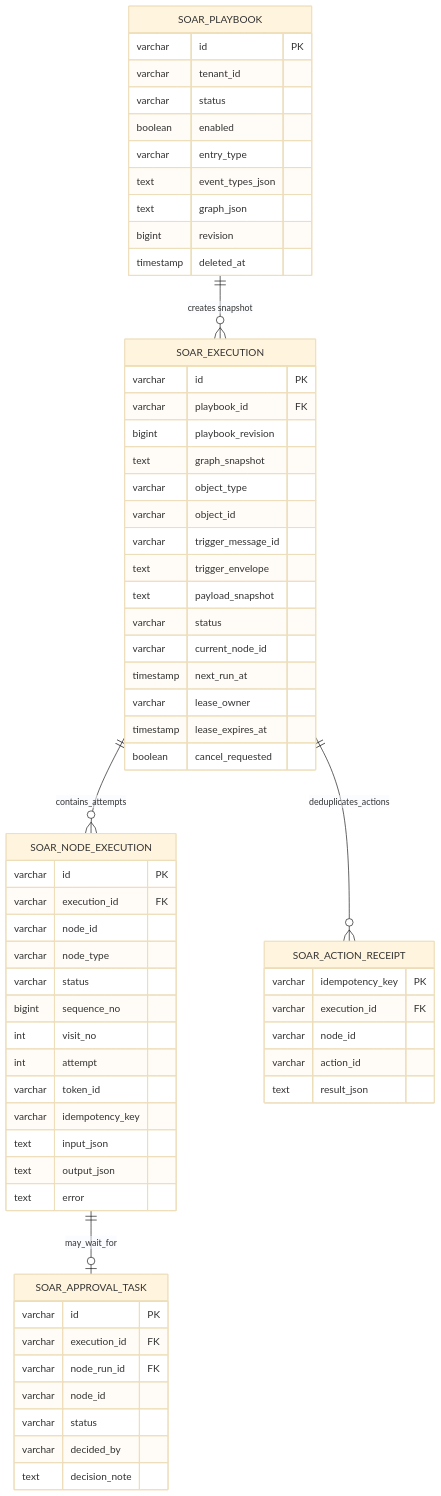
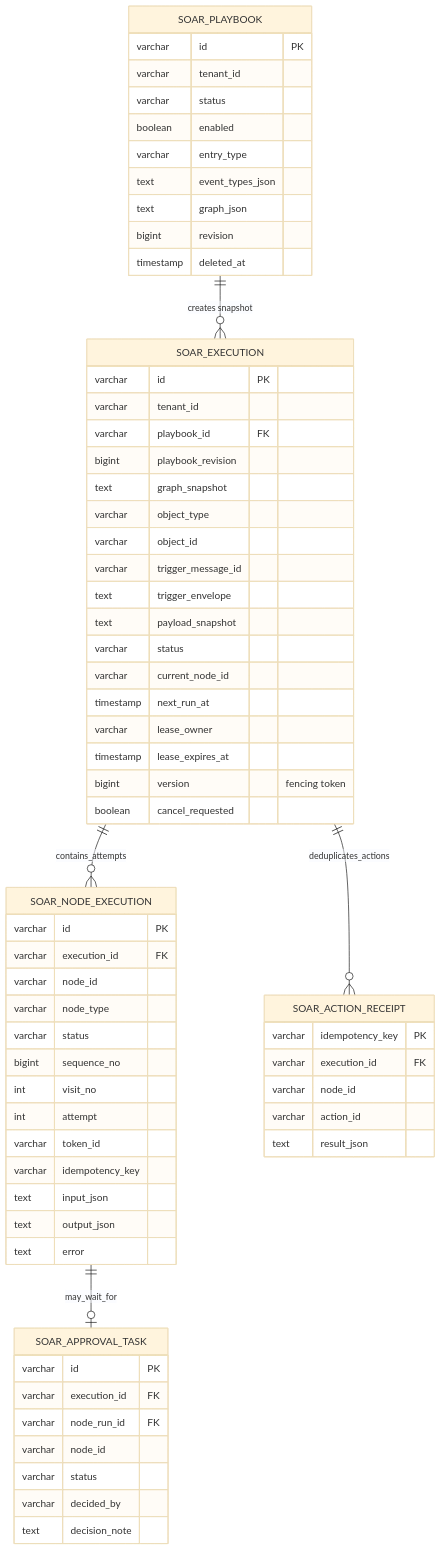
Before and after one commit to xsc683/HISIEM: the seventh of 7 diagrams in docs/design/soar-runtime-architecture.md, drawn with Mermaid (base theme). The commit also changed other lines of this file and 44 other files, not shown here.

Commit message:
fix: harden runtime reliability and sync architecture docs

````diff
--- a/docs/design/soar-runtime-architecture.md
+++ b/docs/design/soar-runtime-architecture.md
@@ -328,67 +344,69 @@
 ```mermaid
 erDiagram
     SOAR_PLAYBOOK ||--o{ SOAR_EXECUTION : "creates snapshot"
     SOAR_EXECUTION ||--o{ SOAR_NODE_EXECUTION : contains_attempts
     SOAR_NODE_EXECUTION ||--o| SOAR_APPROVAL_TASK : may_wait_for
     SOAR_EXECUTION ||--o{ SOAR_ACTION_RECEIPT : deduplicates_actions
 
     SOAR_PLAYBOOK {
         varchar id PK
         varchar tenant_id
         varchar status
         boolean enabled
         varchar entry_type
         text event_types_json
         text graph_json
         bigint revision
         timestamp deleted_at
     }
     SOAR_EXECUTION {
         varchar id PK
+        varchar tenant_id
         varchar playbook_id FK
         bigint playbook_revision
         text graph_snapshot
         varchar object_type
         varchar object_id
         varchar trigger_message_id
         text trigger_envelope
         text payload_snapshot
         varchar status
         varchar current_node_id
         timestamp next_run_at
         varchar lease_owner
         timestamp lease_expires_at
+        bigint version "fencing token"
         boolean cancel_requested
     }
     SOAR_NODE_EXECUTION {
         varchar id PK
         varchar execution_id FK
         varchar node_id
         varchar node_type
         varchar status
         bigint sequence_no
         int visit_no
         int attempt
         varchar token_id
         varchar idempotency_key
         text input_json
         text output_json
         text error
     }
     SOAR_APPROVAL_TASK {
         varchar id PK
         varchar execution_id FK
         varchar node_run_id FK
         varchar node_id
         varchar status
         varchar decided_by
         text decision_note
     }
     SOAR_ACTION_RECEIPT {
         varchar idempotency_key PK
         varchar execution_id FK
         varchar node_id
         varchar action_id
         text result_json
     }
 ```
````
